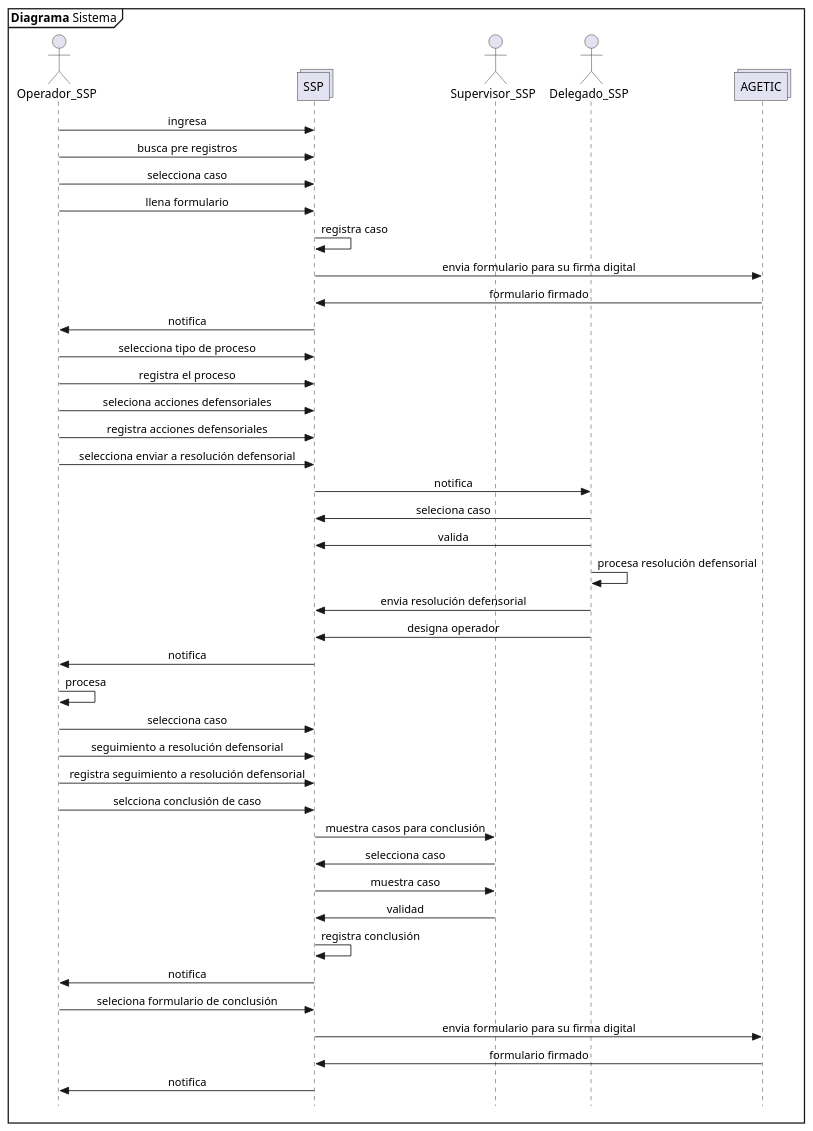
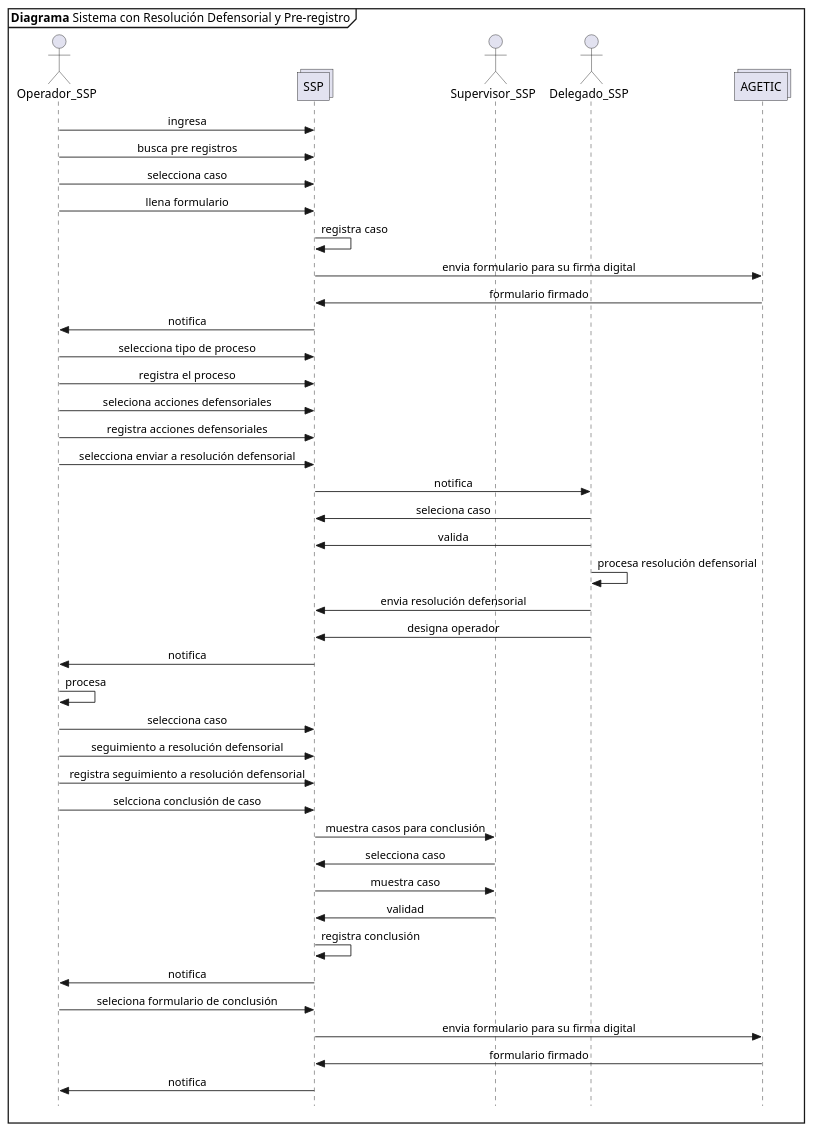
The diagram in propuesta SSP/08_1 registro de caso con resolucion defensorial con pre registro.plantuml (n1m0d0/defdiag), drawn with PlantUML before and after one commit. The commit also changed 14 other files, not shown here.

Commit message:
cambio de nombres de diagramas

```diff
--- a/propuesta SSP/08_1 registro de caso con resolucion defensorial con pre registro.plantuml
+++ b/propuesta SSP/08_1 registro de caso con resolucion defensorial con pre registro.plantuml
@@ -1,49 +1,49 @@
 @startuml Diagrama_Sistema
 skinparam Style strictuml
 skinparam SequenceMessageAlignment center
 
-mainframe **Diagrama** Sistema
+mainframe **Diagrama** Sistema con Resolución Defensorial y Pre-registro
 
 actor Operador_SSP as opssp
 collections SSP
 actor Supervisor_SSP as supssp
 actor Delegado_SSP as del
 collections AGETIC as agetic
 
 opssp->SSP: ingresa
 opssp->SSP: busca pre registros
 opssp->SSP: selecciona caso
 opssp->SSP: llena formulario
 SSP->SSP: registra caso
 SSP->agetic: envia formulario para su firma digital
 agetic->SSP: formulario firmado 
 SSP->opssp: notifica
 opssp->SSP: selecciona tipo de proceso
 opssp->SSP: registra el proceso
 opssp->SSP: seleciona acciones defensoriales
 opssp->SSP: registra acciones defensoriales
 opssp->SSP: selecciona enviar a resolución defensorial
 SSP->del: notifica
 del->SSP: seleciona caso
 del->SSP: valida
 del->del: procesa resolución defensorial
 del->SSP: envia resolución defensorial
 del->SSP: designa operador
 SSP->opssp: notifica
 opssp->opssp: procesa
 opssp->SSP: selecciona caso
 opssp->SSP: seguimiento a resolución defensorial
 opssp->SSP: registra seguimiento a resolución defensorial
 opssp->SSP: selcciona conclusión de caso
 SSP->supssp: muestra casos para conclusión
 supssp->SSP: selecciona caso
 SSP->supssp: muestra caso
 supssp->SSP: validad
 SSP->SSP: registra conclusión
 SSP->opssp: notifica
 opssp->SSP: seleciona formulario de conclusión
 SSP->agetic: envia formulario para su firma digital
 agetic->SSP: formulario firmado
 SSP->opssp: notifica
 
 @enduml
```
